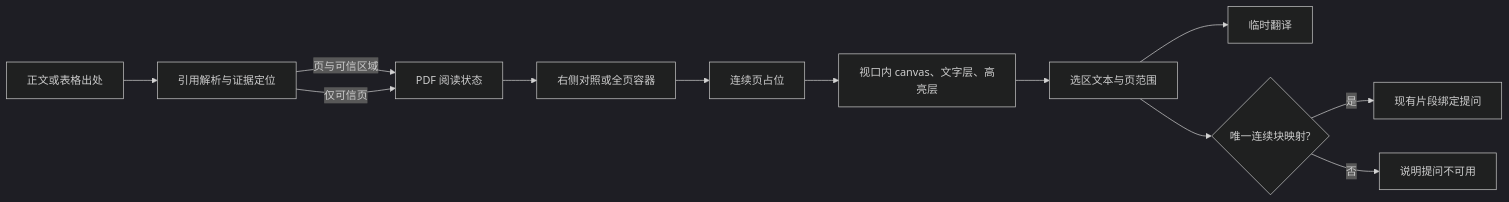
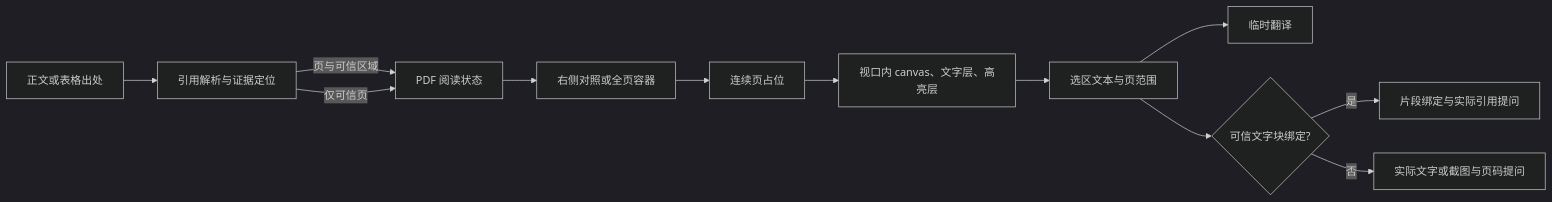
The second of 3 diagrams in docs/plans/2026-09-29-2254-feat-pdf-evidence-reading-plan.md (attackingjensen/paper-30min), drawn with Mermaid (dark theme) before and after one commit. The commit also changed other lines of this file and 19 other files, not shown here.

First line of the commit message:
fix(pdf): 完成原生阅读验收并修复输入与截图迁移 (U5)

````diff
--- a/docs/plans/2026-09-29-2254-feat-pdf-evidence-reading-plan.md
+++ b/docs/plans/2026-09-29-2254-feat-pdf-evidence-reading-plan.md
@@ -128,14 +128,14 @@
 ```mermaid
 flowchart LR
   C[正文或表格出处] --> R[引用解析与证据定位]
   R -->|页与可信区域| V[PDF 阅读状态]
   R -->|仅可信页| V
   V --> S[右侧对照或全页容器]
   S --> P[连续页占位]
   P --> L[视口内 canvas、文字层、高亮层]
   L --> M[选区文本与页范围]
   M --> T[临时翻译]
-  M --> B{唯一连续块映射?}
-  B -->|是| Q[现有片段绑定提问]
-  B -->|否| H[说明提问不可用]
+  M --> B{可信文字块绑定?}
+  B -->|是| Q[片段绑定与实际引用提问]
+  B -->|否| H[实际文字或截图与页码提问]
 ```
````
